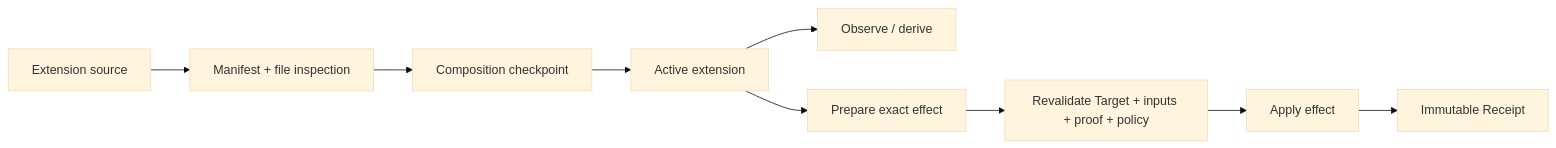
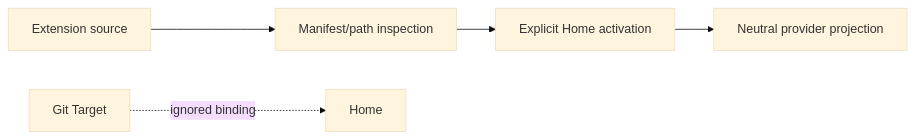
The diagram in docs/security-model.md (thevzion/hairness), drawn with Mermaid (base theme) before and after one commit. The commit also changed other lines of this file and 111 other files, not shown here.

````diff
--- a/docs/security-model.md
+++ b/docs/security-model.md
@@ -5,11 +5,7 @@
 ```mermaid
 flowchart LR
-  source["Extension source"] --> inspect["Manifest + file inspection"]
-  inspect --> checkpoint["Composition checkpoint"]
-  checkpoint --> active["Active extension"]
-  active --> observe["Observe / derive"]
-  active --> prepare["Prepare exact effect"]
-  prepare --> revalidate["Revalidate Target + inputs + proof + policy"]
-  revalidate --> effect["Apply effect"]
-  effect --> receipt["Immutable Receipt"]
+  source["Extension source"] --> inspect["Manifest/path inspection"]
+  inspect --> active["Explicit Home activation"]
+  active --> project["Neutral provider projection"]
+  target["Git Target"] -. ignored binding .-> home["Home"]
 ```
````
